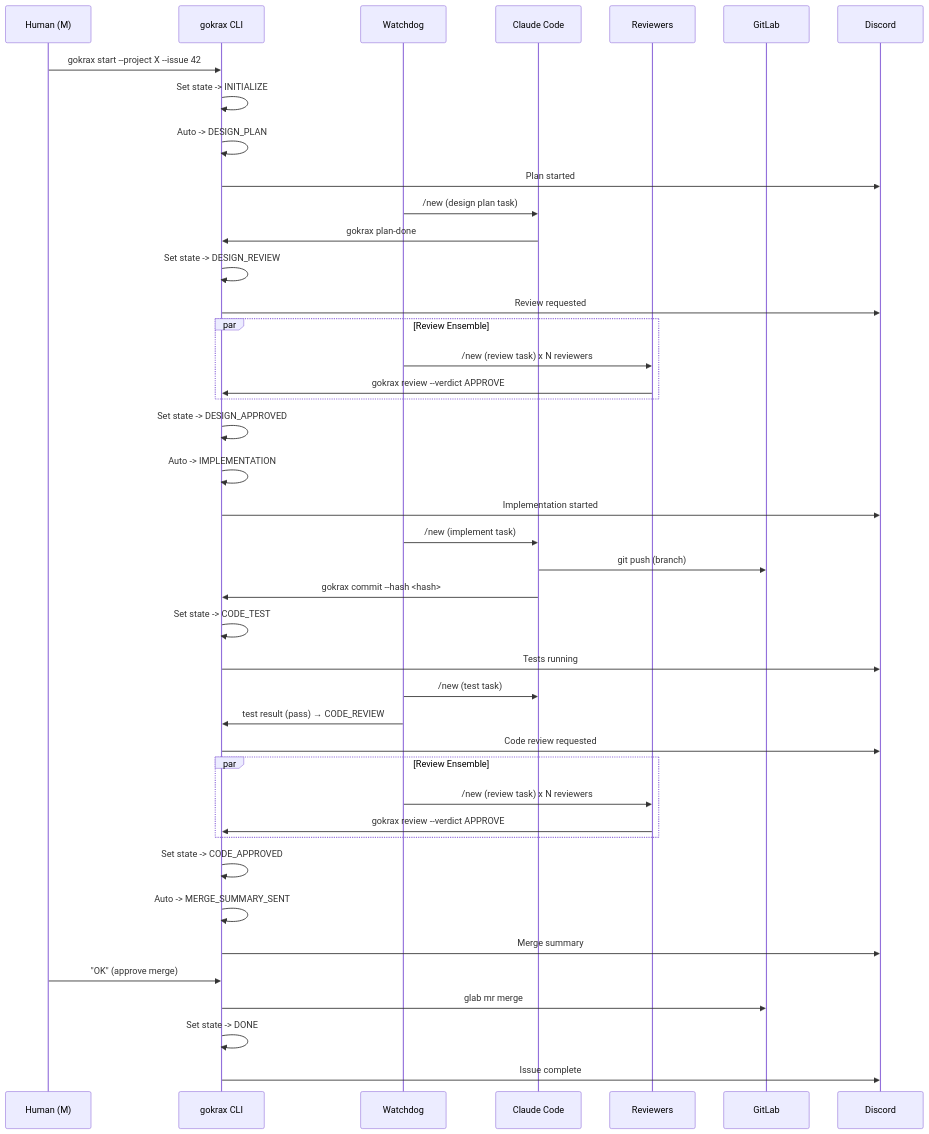
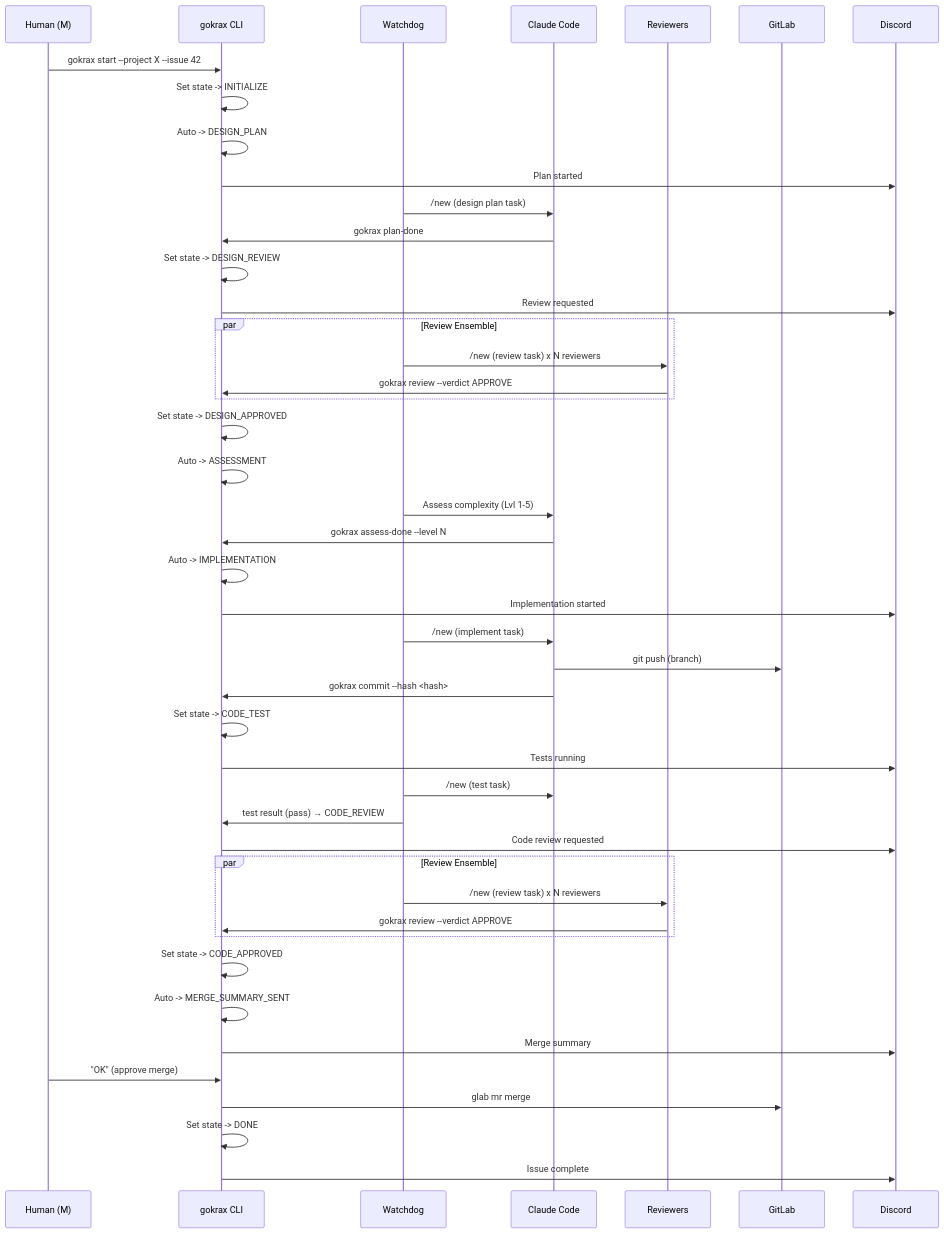
Before and after one commit to atakalive/gokrax: the fifth of 6 diagrams in docs/architecture.md, drawn with Mermaid. The commit also changed other lines of this file and 11 other files, not shown here.

````diff
--- a/docs/architecture.md
+++ b/docs/architecture.md
@@ -192,49 +194,52 @@
 ```mermaid
 sequenceDiagram
     participant M as Human (M)
     participant DB as gokrax CLI
     participant WD as Watchdog
     participant CC as Claude Code
     participant RV as Reviewers
     participant GL as GitLab
     participant DC as Discord
 
     M->>DB: gokrax start --project X --issue 42
     DB->>DB: Set state -> INITIALIZE
     DB->>DB: Auto -> DESIGN_PLAN
     DB->>DC: Plan started
     WD->>CC: /new (design plan task)
     CC->>DB: gokrax plan-done
     DB->>DB: Set state -> DESIGN_REVIEW
     DB->>DC: Review requested
 
     par Review Ensemble
         WD->>RV: /new (review task) x N reviewers
         RV->>DB: gokrax review --verdict APPROVE
     end
 
     DB->>DB: Set state -> DESIGN_APPROVED
+    DB->>DB: Auto -> ASSESSMENT
+    WD->>CC: Assess complexity (Lvl 1-5)
+    CC->>DB: gokrax assess-done --level N
     DB->>DB: Auto -> IMPLEMENTATION
     DB->>DC: Implementation started
     WD->>CC: /new (implement task)
     CC->>GL: git push (branch)
     CC->>DB: gokrax commit --hash <hash>
     DB->>DB: Set state -> CODE_TEST
     DB->>DC: Tests running
     WD->>CC: /new (test task)
     WD->>DB: test result (pass) → CODE_REVIEW
     DB->>DC: Code review requested
 
     par Review Ensemble
         WD->>RV: /new (review task) x N reviewers
         RV->>DB: gokrax review --verdict APPROVE
     end
 
     DB->>DB: Set state -> CODE_APPROVED
     DB->>DB: Auto -> MERGE_SUMMARY_SENT
     DB->>DC: Merge summary
     M->>DB: "OK" (approve merge)
     DB->>GL: glab mr merge
     DB->>DB: Set state -> DONE
     DB->>DC: Issue complete
 ```
````
